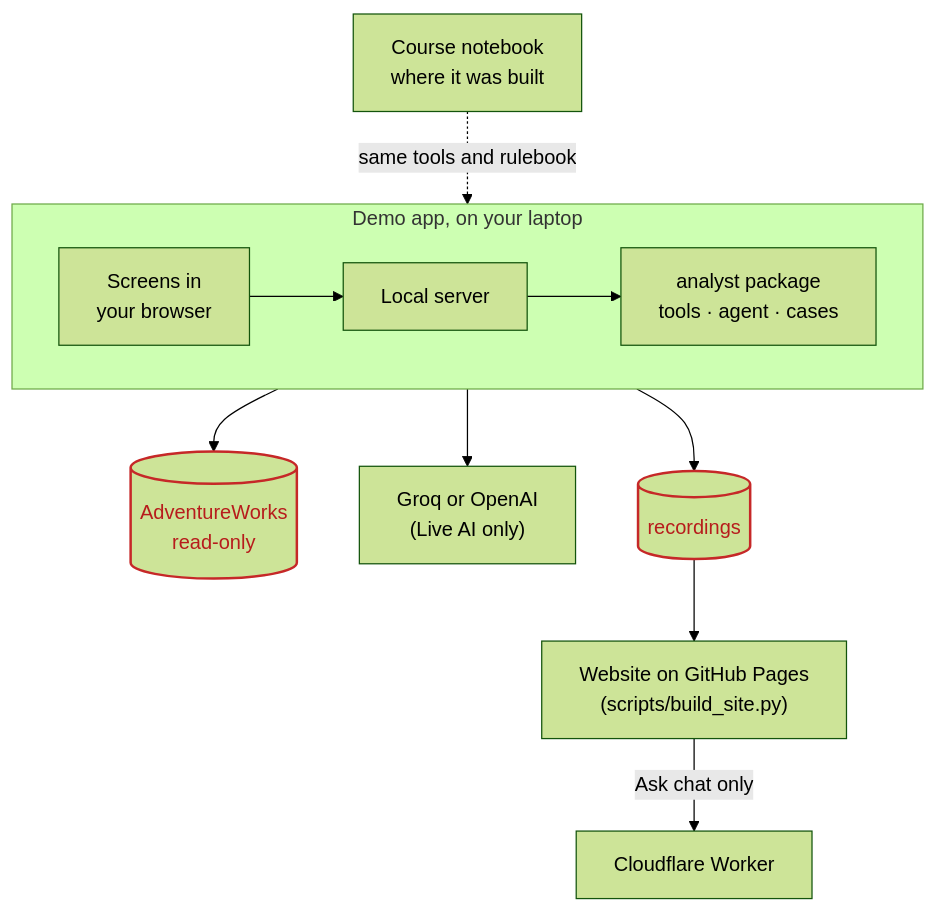
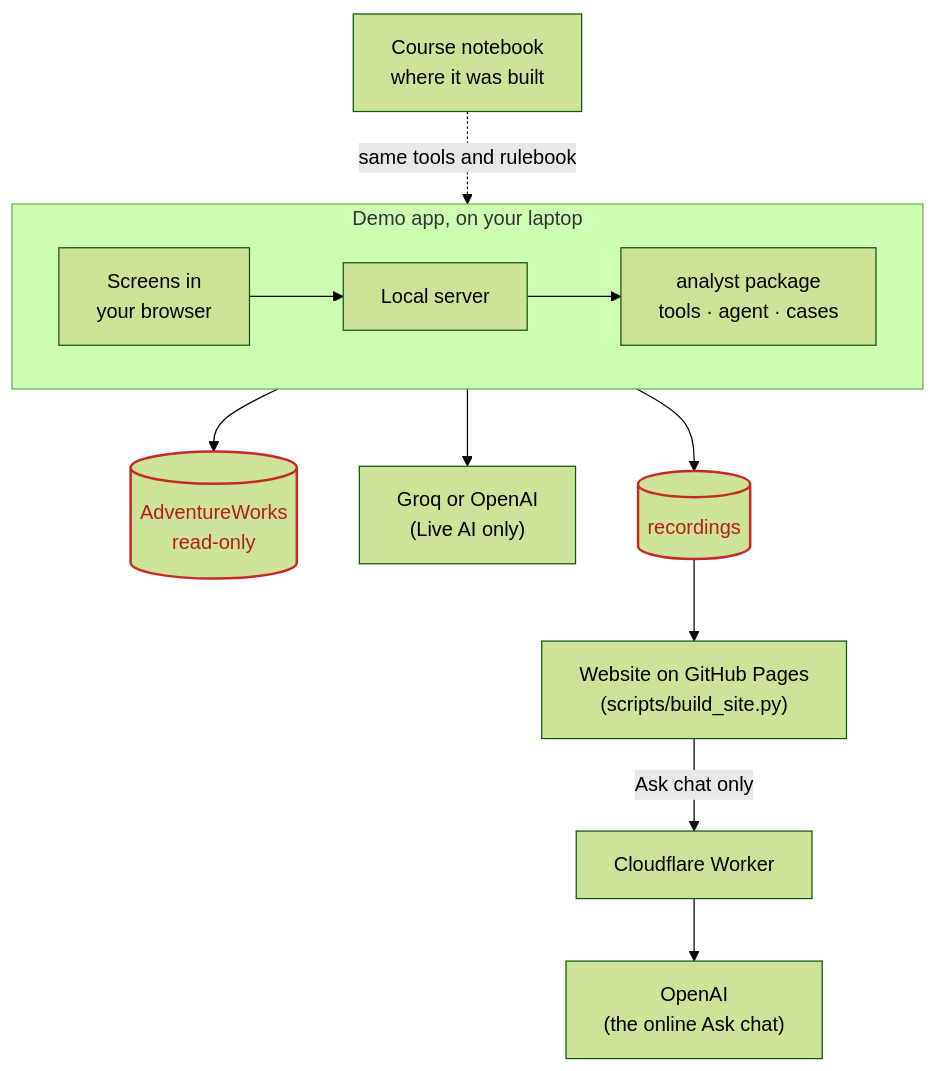
The second of 2 diagrams in docs/index.md (victorsaly/business-analyst-agent-demo), drawn with Mermaid (forest theme) before and after one commit. The commit also changed other lines of this file and 8 other files, not shown here.

First line of the commit message:
Docs and chat: say plainly which AI answers (Groq then OpenAI locally, OpenAI online)

````diff
--- a/docs/index.md
+++ b/docs/index.md
@@ -58,16 +58,16 @@
 ```mermaid
 flowchart TB
   accTitle: What lives where
   NB["Course notebook<br/>where it was built"] -. "same tools and rulebook" .-> PK
   subgraph app["Demo app, on your laptop"]
     direction LR
     BR["Screens in<br/>your browser"] --> SV["Local server"] --> PK["analyst package<br/>tools · agent · cases"]
   end
   PK --> DB[("AdventureWorks<br/>read-only")]
   PK --> LLM["Groq or OpenAI<br/>(Live AI only)"]
   PK --> REC[("recordings")]
   REC --> WEB["Website on GitHub Pages<br/>(scripts/build_site.py)"]
-  WEB -- "Ask chat only" --> CW["Cloudflare Worker"]
+  WEB -- "Ask chat only" --> CW["Cloudflare Worker"] --> OAI["OpenAI<br/>(the online Ask chat)"]
   classDef red stroke:#c62828,stroke-width:2px,color:#b71c1c
   class DB,REC red
 ```
````
